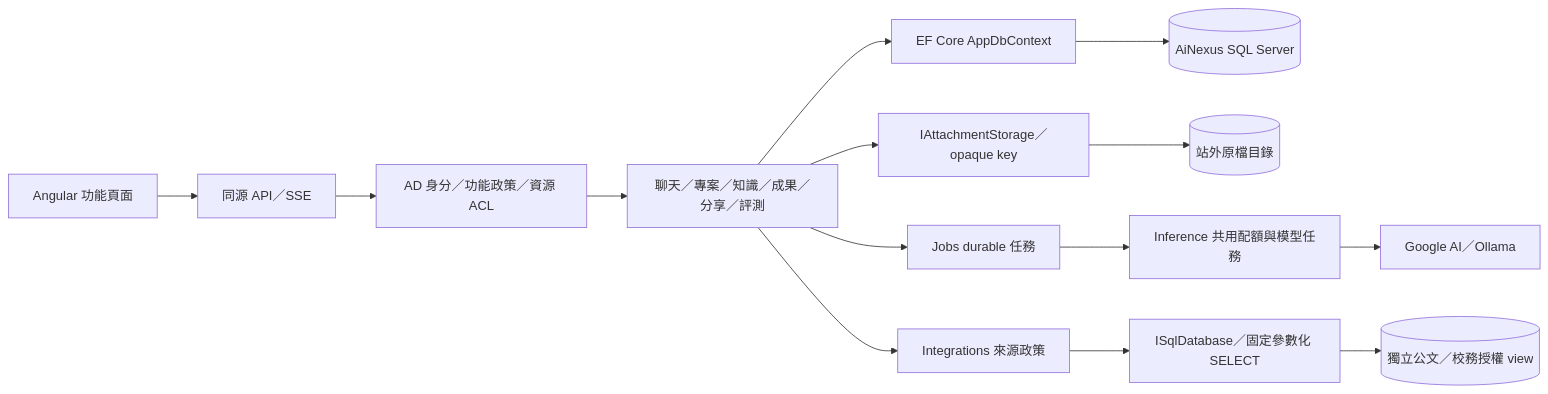
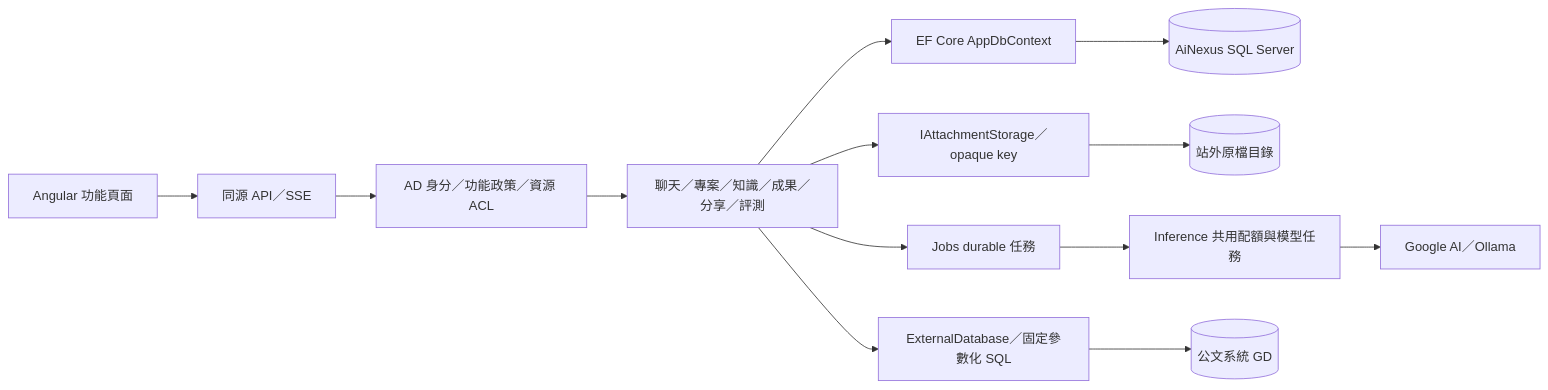
The diagram in docs/architecture/architecture.md (a73013110/ai-nexus), drawn with Mermaid before and after one commit. The commit also changed other lines of this file and 77 other files, not shown here.

````diff
--- a/docs/architecture/architecture.md
+++ b/docs/architecture/architecture.md
@@ -8,16 +8,15 @@
 ```mermaid
 flowchart LR
     UI[Angular 功能頁面] --> API[同源 API／SSE]
     API --> Gates[AD 身分／功能政策／資源 ACL]
     Gates --> Modules[聊天／專案／知識／成果／分享／評測]
     Modules --> EF[EF Core AppDbContext]
     EF --> SQL[(AiNexus SQL Server)]
     Modules --> Storage[IAttachmentStorage／opaque key]
     Storage --> Files[(站外原檔目錄)]
     Modules --> Jobs[Jobs durable 任務]
     Jobs --> Tasks[Inference 共用配額與模型任務]
     Tasks --> Models[Google AI／Ollama]
-    Modules --> Sources[Integrations 來源政策]
-    Sources --> Dapper[ISqlDatabase／固定參數化 SELECT]
-    Dapper --> Legacy[(獨立公文／校務授權 view)]
+    Modules --> External[ExternalDatabase／固定參數化 SQL]
+    External --> Gd[(公文系統 GD)]
 ```
````
